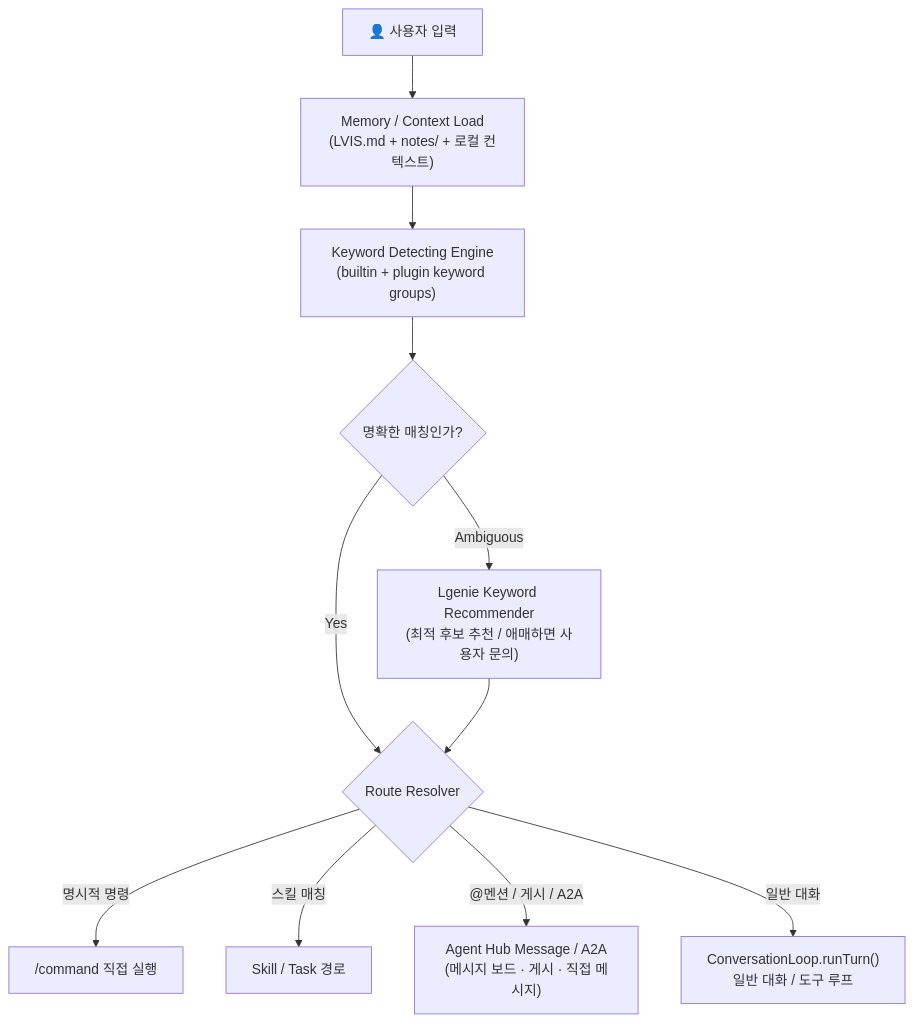
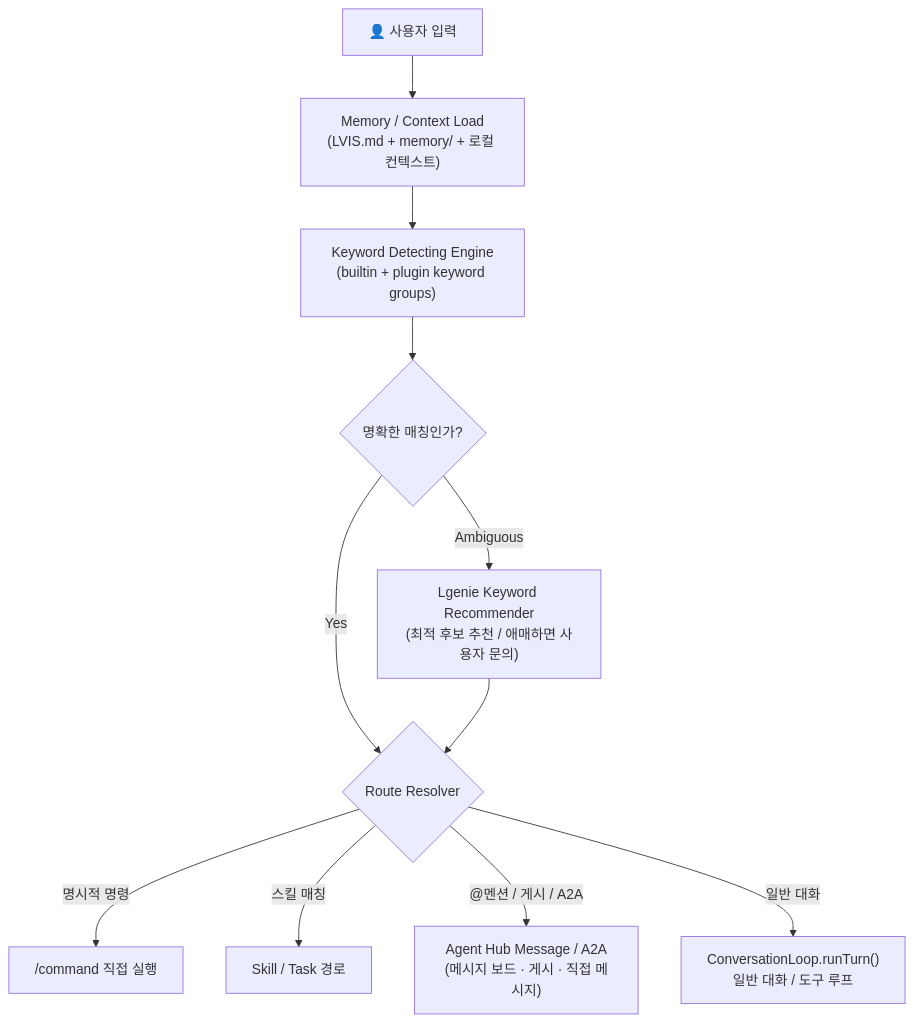
Before and after one commit to lvis-project/lvis-app: the seventh of 44 diagrams in docs/architecture/architecture.md, drawn with Mermaid. The commit also changed other lines of this file and 7 other files, not shown here.

````diff
--- a/docs/architecture/architecture.md
+++ b/docs/architecture/architecture.md
@@ -434,22 +434,22 @@
 ```mermaid
 flowchart TB
     INPUT["👤 사용자 입력"]
-    MEMORY["Memory / Context Load<br/>(LVIS.md + notes/ + 로컬 컨텍스트)"]
+    MEMORY["Memory / Context Load<br/>(LVIS.md + memory/ + 로컬 컨텍스트)"]
     DETECT["Keyword Detecting Engine<br/>(builtin + plugin keyword groups)"]
     DISAMBIG{"명확한 매칭인가?"}
     RECOMMEND["Lgenie Keyword Recommender<br/>(최적 후보 추천 / 애매하면 사용자 문의)"]
     ROUTE{"Route Resolver"}
 
     COMMAND["/command 직접 실행"]
     SKILL["Skill / Task 경로"]
     AGENT["Agent Hub Message / A2A<br/>(메시지 보드 · 게시 · 직접 메시지)"]
     CHAT["ConversationLoop.runTurn()<br/>일반 대화 / 도구 루프"]
 
     INPUT --> MEMORY --> DETECT --> DISAMBIG
     DISAMBIG -->|"Yes"| ROUTE
     DISAMBIG -->|"Ambiguous"| RECOMMEND --> ROUTE
     ROUTE -->|"명시적 명령"| COMMAND
     ROUTE -->|"스킬 매칭"| SKILL
     ROUTE -->|"@멘션 / 게시 / A2A"| AGENT
     ROUTE -->|"일반 대화"| CHAT
 ```
````
